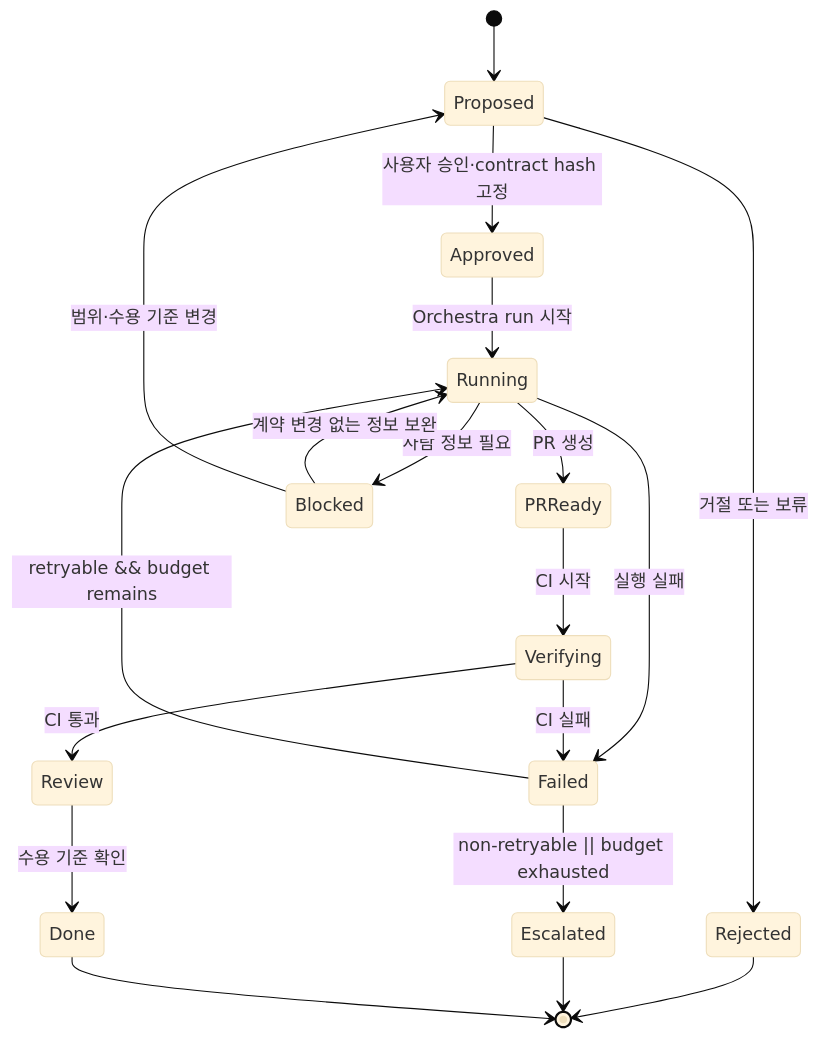
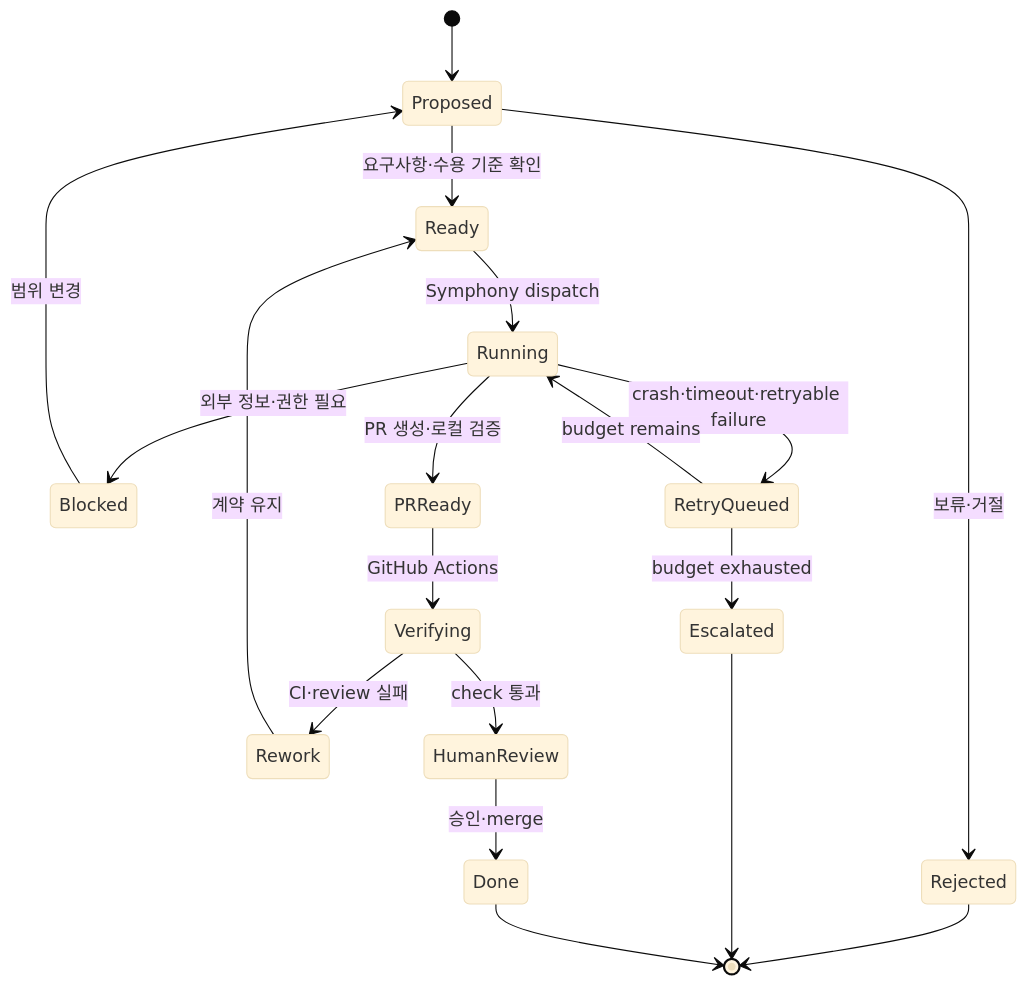
Before and after one commit to yjs000/wiki: diagram 11 of 11 in docs/ai-agent-systems/harness-engineering-codex-hermes-orchestra.md, drawn with Mermaid (base theme). The commit also changed other lines of this file and 6 other files, not shown here.

````diff
--- a/docs/ai-agent-systems/harness-engineering-codex-hermes-orchestra.md
+++ b/docs/ai-agent-systems/harness-engineering-codex-hermes-orchestra.md
@@ -945,21 +757,21 @@
 ```mermaid
 stateDiagram-v2
     [*] --> Proposed
-    Proposed --> Approved: 사용자 승인·contract hash 고정
-    Proposed --> Rejected: 거절 또는 보류
+    Proposed --> Ready: 요구사항·수용 기준 확인
+    Proposed --> Rejected: 보류·거절
+    Ready --> Running: Symphony dispatch
+    Running --> Blocked: 외부 정보·권한 필요
+    Running --> PRReady: PR 생성·로컬 검증
+    Running --> RetryQueued: crash·timeout·retryable failure
+    RetryQueued --> Running: budget remains
+    RetryQueued --> Escalated: budget exhausted
+    PRReady --> Verifying: GitHub Actions
+    Verifying --> Rework: CI·review 실패
+    Verifying --> HumanReview: check 통과
+    Rework --> Ready: 계약 유지
+    HumanReview --> Done: 승인·merge
+    Blocked --> Proposed: 범위 변경
     Rejected --> [*]
-    Approved --> Running: Orchestra run 시작
-    Running --> PRReady: PR 생성
-    Running --> Blocked: 사람 정보 필요
-    Running --> Failed: 실행 실패
-    Failed --> Running: retryable && budget remains
-    Failed --> Escalated: non-retryable || budget exhausted
     Escalated --> [*]
-    PRReady --> Verifying: CI 시작
-    Verifying --> Failed: CI 실패
-    Verifying --> Review: CI 통과
-    Review --> Done: 수용 기준 확인
-    Blocked --> Running: 계약 변경 없는 정보 보완
-    Blocked --> Proposed: 범위·수용 기준 변경
     Done --> [*]
 ```
````
